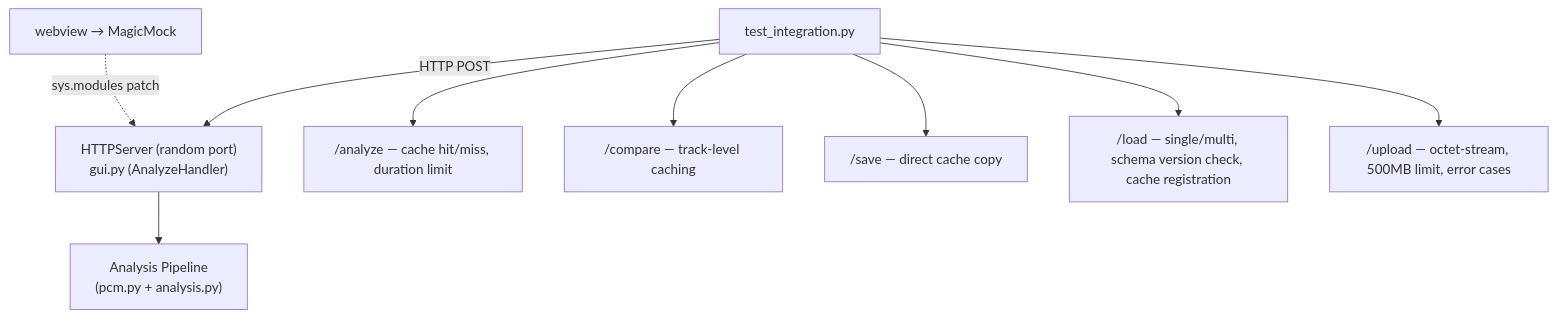
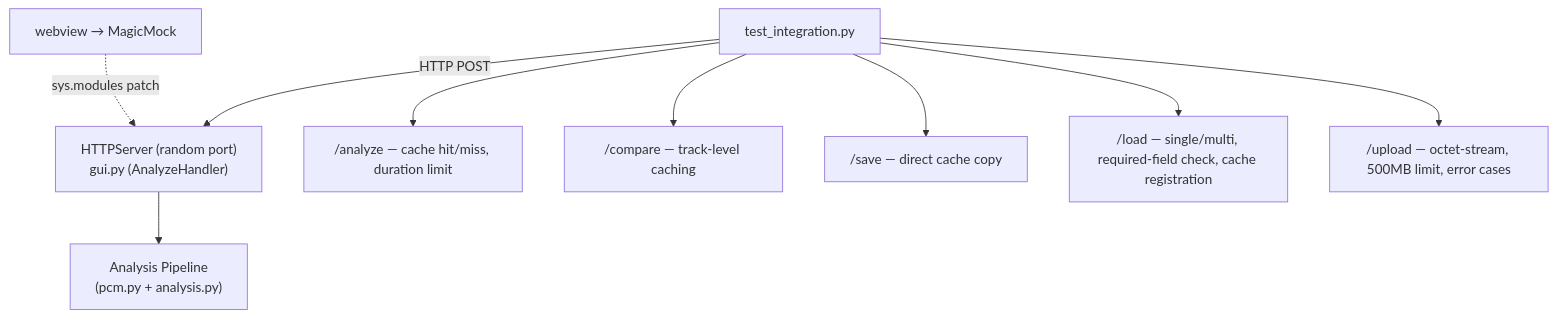
Diagram 15 of 16 in docs/architecture.md (semnil/analyze-spectrum), drawn with Mermaid before and after one commit. The commit also changed 6 other files, not shown here.

````diff
--- a/docs/architecture.md
+++ b/docs/architecture.md
@@ -539,17 +539,17 @@
 ```mermaid
 flowchart TD
     IT["test_integration.py"]
     SRV["HTTPServer (random port)<br/>gui.py (AnalyzeHandler)"]
     PIPE["Analysis Pipeline<br/>(pcm.py + analysis.py)"]
     MOCK["webview → MagicMock"]
 
     IT -->|"HTTP POST"| SRV
     SRV --> PIPE
     MOCK -.->|"sys.modules patch"| SRV
 
     IT --> A["/analyze — cache hit/miss, duration limit"]
     IT --> B["/compare — track-level caching"]
     IT --> C["/save — direct cache copy"]
-    IT --> D["/load — single/multi, schema version check, cache registration"]
+    IT --> D["/load — single/multi, required-field check, cache registration"]
     IT --> E["/upload — octet-stream, 500MB limit, error cases"]
 ```
````
